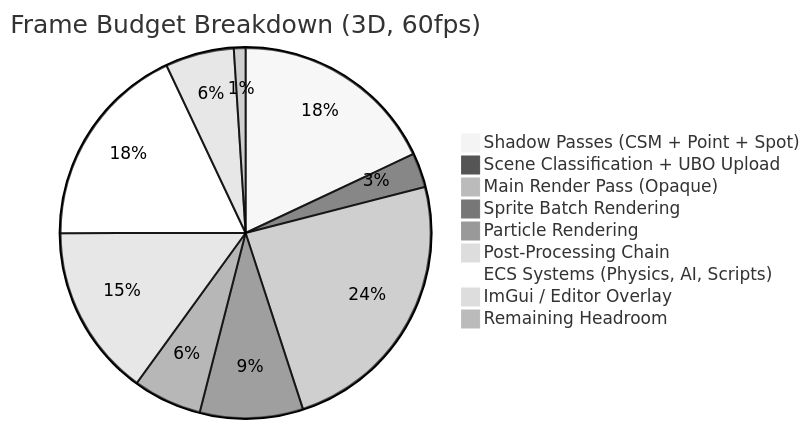
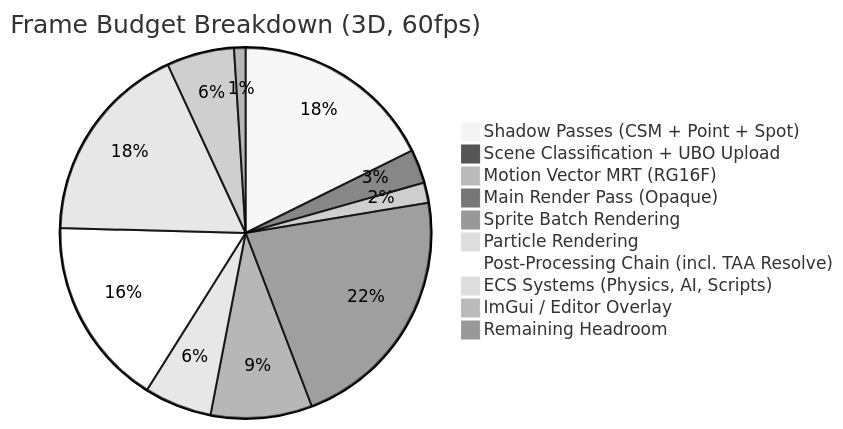
The fourth of 5 diagrams in docs/ENGINE_ANALYSIS.md (MartyChouette/TEGE), drawn with Mermaid (neutral theme) before and after one commit. The commit also changed other lines of this file and 164 other files, not shown here.

First line of the commit message:
v0.9.0: F1/F2 debug panels, backtick console, 80 tests, path tracer, upscaling, art style roadmap

````diff
--- a/docs/ENGINE_ANALYSIS.md
+++ b/docs/ENGINE_ANALYSIS.md
@@ -1008,12 +1024,13 @@
 ```mermaid
 pie title Frame Budget Breakdown (3D, 60fps)
     "Shadow Passes (CSM + Point + Spot)" : 3.0
     "Scene Classification + UBO Upload" : 0.5
-    "Main Render Pass (Opaque)" : 4.0
+    "Motion Vector MRT (RG16F)" : 0.3
+    "Main Render Pass (Opaque)" : 3.7
     "Sprite Batch Rendering" : 1.5
     "Particle Rendering" : 1.0
-    "Post-Processing Chain" : 2.5
+    "Post-Processing Chain (incl. TAA Resolve)" : 2.8
     "ECS Systems (Physics, AI, Scripts)" : 3.0
     "ImGui / Editor Overlay" : 1.0
     "Remaining Headroom" : 0.17
 ```
````
